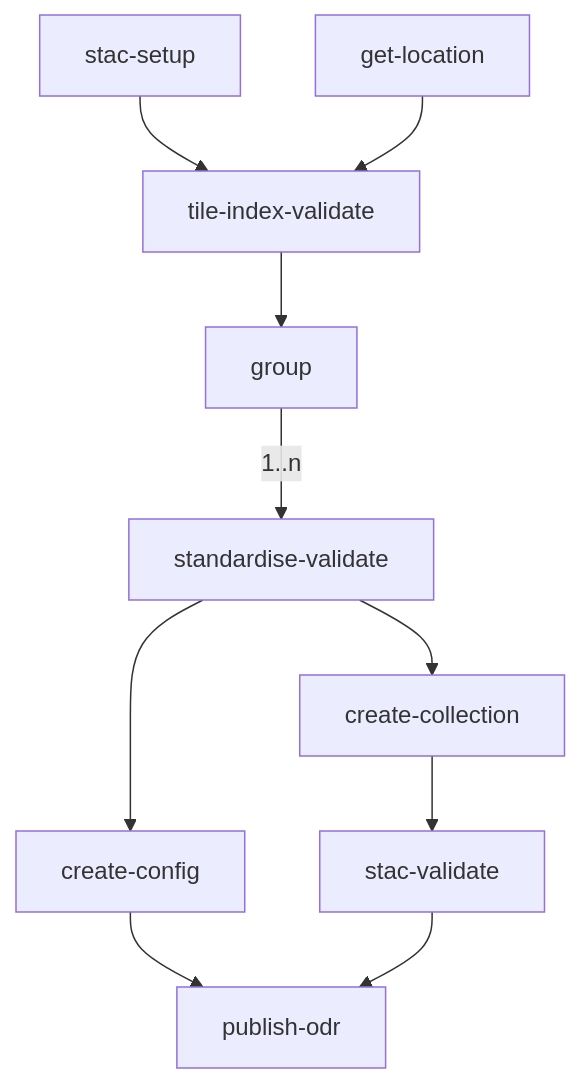
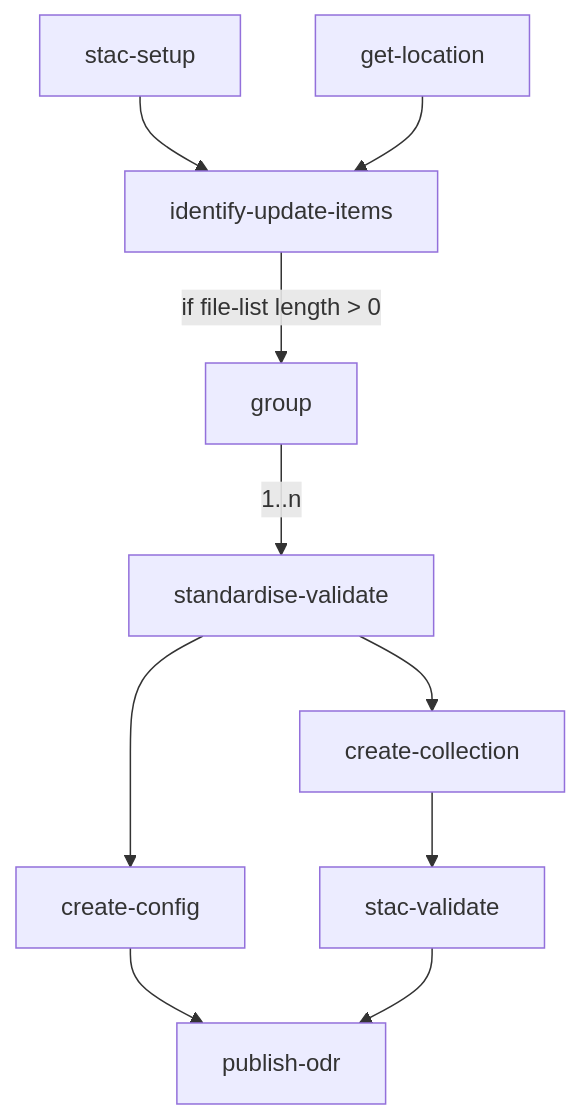
Before and after one commit to linz/topo-workflows: the fourth of 4 diagrams in workflows/raster/README.md, drawn with Mermaid. The commit also changed other lines of this file and 2 other files, not shown here.

Commit message:
fix: file-list-content comparison fails TDE-1472

````diff
--- a/workflows/raster/README.md
+++ b/workflows/raster/README.md
@@ -341,12 +341,12 @@
 ```mermaid
 graph TD
-  A[stac-setup] --> C[tile-index-validate]
+  A[stac-setup] --> C[identify-update-items]
   B[get-location] --> C
-  C --> D[group]
+  C --> |if file-list length > 0|D[group]
   D --> |1..n|E[standardise-validate]
   E --> F[create-config]
   E --> G[create-collection]
   G --> H[stac-validate]
   F --> I[publish-odr]
   H --> I[publish-odr]
 ```
````
